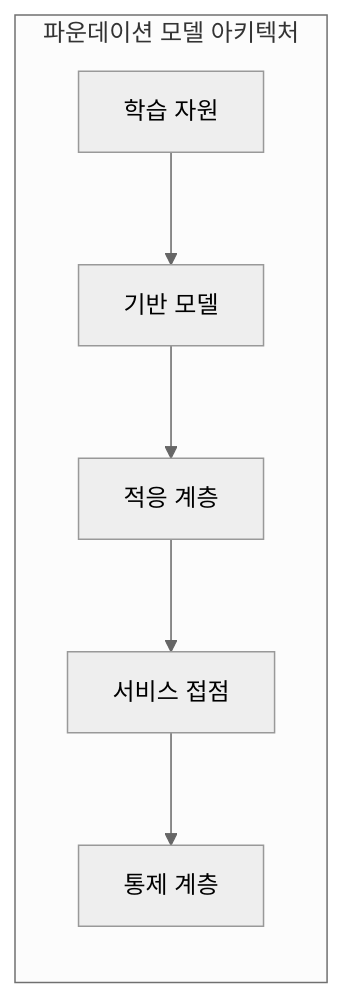
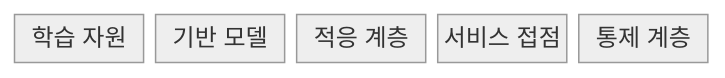
Before and after one commit to agnusdei1207/knowledge-base: the first of 2 diagrams in src/content/docs/notes/08-latest-tech/026_foundation_model.md, drawn with Mermaid (neutral theme). The commit also changed other lines of this file and 26 other files, not shown here.

````diff
--- a/src/content/docs/notes/08-latest-tech/026_foundation_model.md
+++ b/src/content/docs/notes/08-latest-tech/026_foundation_model.md
@@ -50,9 +51,9 @@
 ```mermaid
-flowchart LR
-    subgraph FM[파운데이션 모델 아키텍처]
-        A[학습 자원] --> B[기반 모델]
-        B --> C[적응 계층]
-        C --> D[서비스 접점]
-        D --> E[통제 계층]
-    end
+block-beta
+    columns 5
+    D["학습 자원"]
+    M["기반 모델"]
+    A["적응 계층"]
+    S["서비스 접점"]
+    G["통제 계층"]
 ```
````
